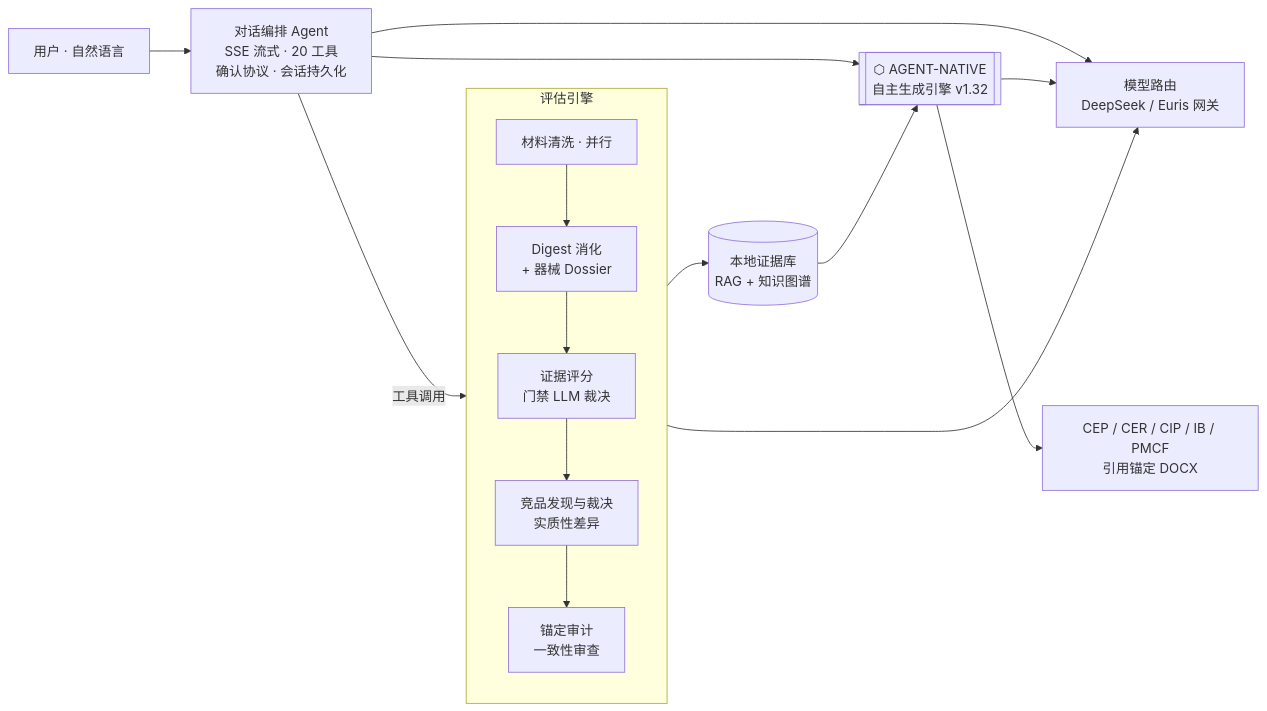
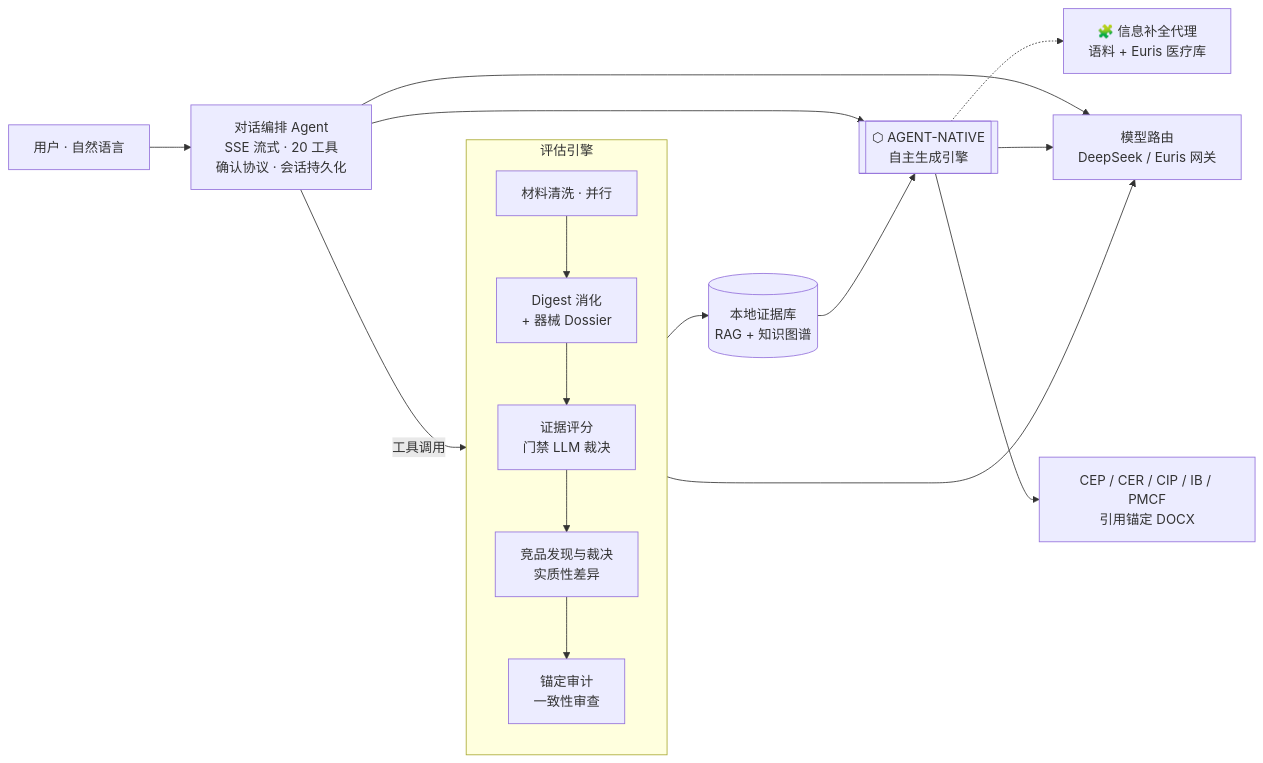
The fourth of 4 diagrams in README.md (hanxiaoyu-cmd/medeval-showcase), drawn with Mermaid before and after one commit. The commit also changed other lines of this file, not shown here.

First line of the commit message:
docs: update showcase to v1.35r — info-completion agent + evidence distillation

````diff
--- a/README.md
+++ b/README.md
@@ -173,18 +214,19 @@
 ```mermaid
 flowchart LR
     U[用户 · 自然语言] --> A[对话编排 Agent<br/>SSE 流式 · 20 工具<br/>确认协议 · 会话持久化]
     A -->|工具调用| P[AI-Native 评估流水线]
     subgraph P [评估引擎]
         C[材料清洗 · 并行] --> D[Digest 消化<br/>+ 器械 Dossier]
         D --> E[证据评分<br/>门禁 LLM 裁决]
         E --> F[竞品发现与裁决<br/>实质性差异]
         F --> G[锚定审计<br/>一致性审查]
     end
-    A --> GEN[[⬡ AGENT-NATIVE<br/>自主生成引擎 v1.32]]
+    A --> GEN[[⬡ AGENT-NATIVE<br/>自主生成引擎]]
+    GEN -.-> IC[🧩 信息补全代理<br/>语料 + Euris 医疗库]
     P --> KB[(本地证据库<br/>RAG + 知识图谱)]
     KB --> GEN
     A --> M[模型路由<br/>DeepSeek / Euris 网关]
     P --> M
     GEN --> M
     GEN --> DOC[CEP / CER / CIP / IB / PMCF<br/>引用锚定 DOCX]
 ```
````
